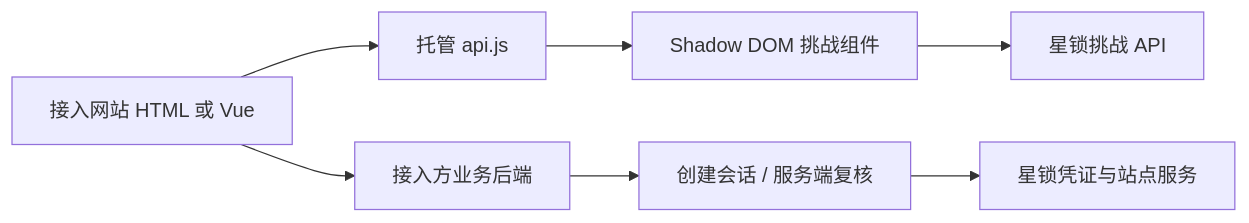
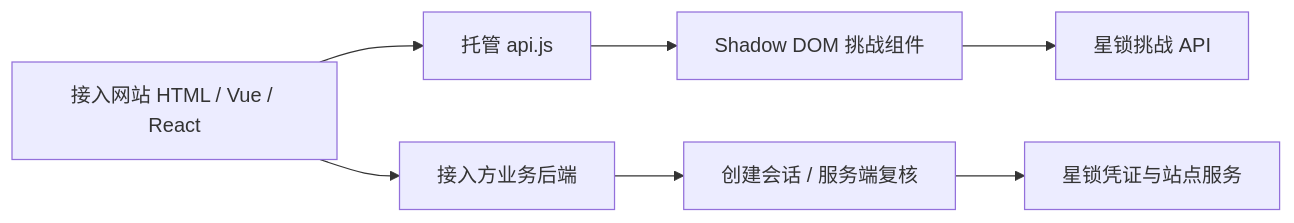
One commit to StarDreamTech/StarLock changed the diagram in docs/integration.md. Above: the diagram before and after it, drawn with Mermaid. The commit also changed other lines of this file and 3 other files, not shown here.

````diff
--- a/docs/integration.md
+++ b/docs/integration.md
@@ -52,9 +52,9 @@
 ```mermaid
 flowchart LR
-  H[接入网站 HTML 或 Vue] --> L[托管 api.js]
+  H[接入网站 HTML / Vue / React] --> L[托管 api.js]
   L --> W[Shadow DOM 挑战组件]
   W --> A[星锁挑战 API]
   H --> B[接入方业务后端]
   B --> S[创建会话 / 服务端复核]
   S --> R[星锁凭证与站点服务]
 ```
````
